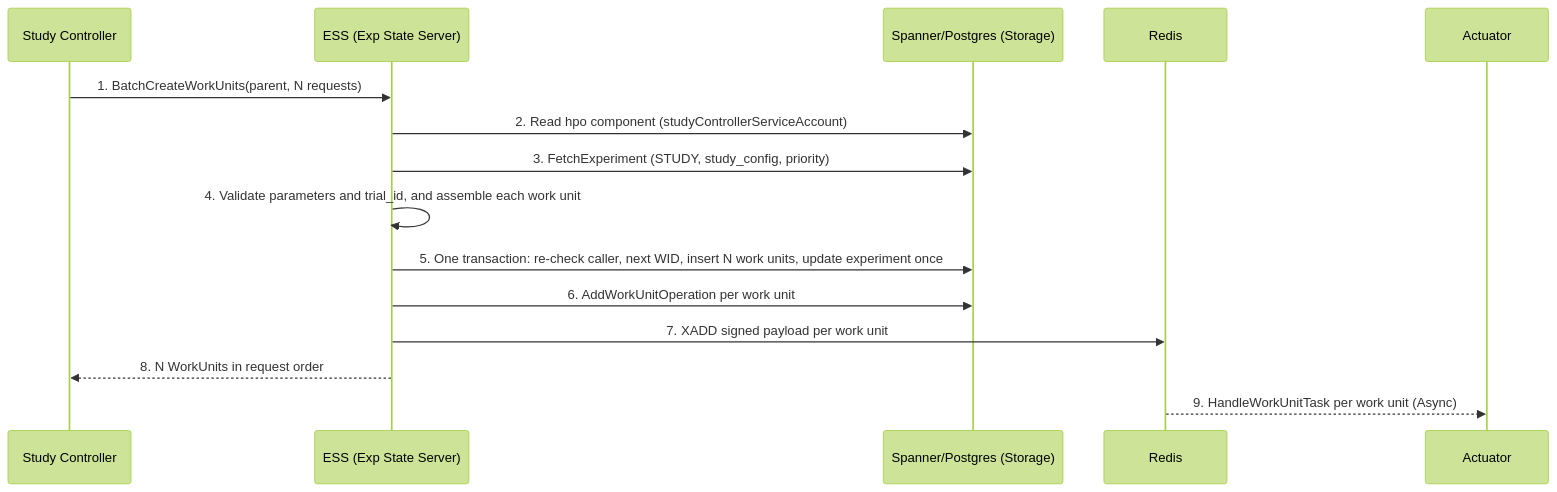
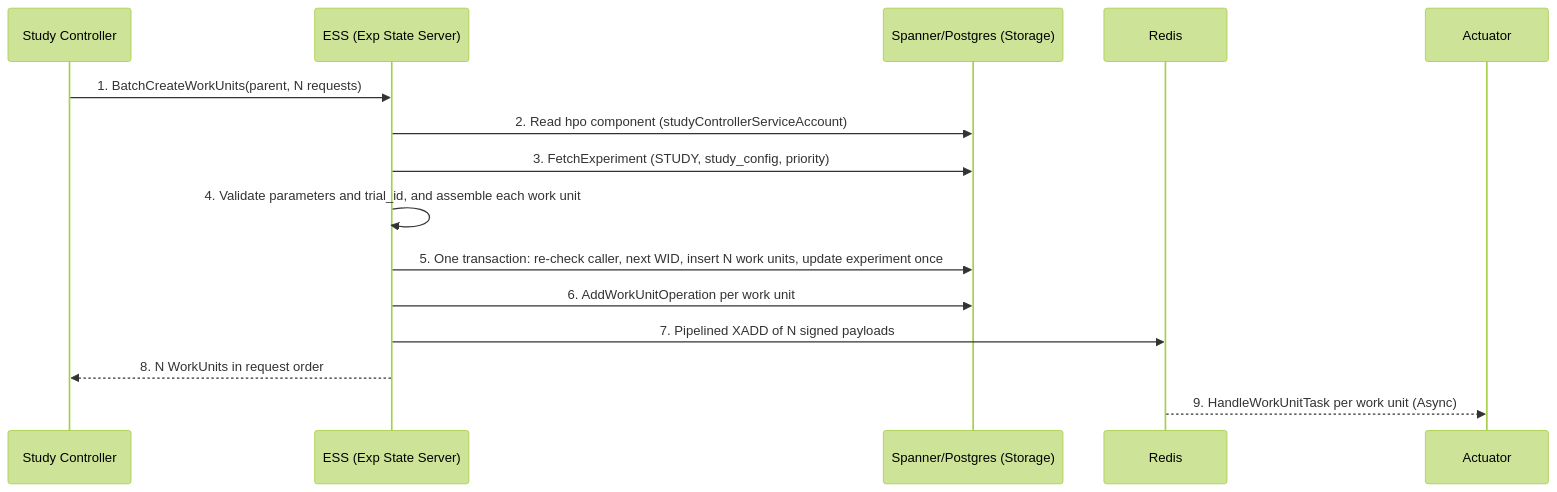
The third of 7 diagrams in docs/flows/work_unit_lifecycle.md (google/xmc), drawn with Mermaid (forest theme) before and after one commit. The commit also changed 14 other files, not shown here.

First line of the commit message:
feat(ess): pipeline BatchCreateWorkUnits task enqueue

````diff
--- a/docs/flows/work_unit_lifecycle.md
+++ b/docs/flows/work_unit_lifecycle.md
@@ -126,18 +126,18 @@
 ```mermaid
 sequenceDiagram
     participant SC as Study Controller
     participant ESS as ESS (Exp State Server)
     participant DB as Spanner/Postgres (Storage)
     participant Redis
     participant Actuator
 
     SC->>ESS: 1. BatchCreateWorkUnits(parent, N requests)
     ESS->>DB: 2. Read hpo component (studyControllerServiceAccount)
     ESS->>DB: 3. FetchExperiment (STUDY, study_config, priority)
     ESS->>ESS: 4. Validate parameters and trial_id, and assemble each work unit
     ESS->>DB: 5. One transaction: re-check caller, next WID, insert N work units, update experiment once
     ESS->>DB: 6. AddWorkUnitOperation per work unit
-    ESS->>Redis: 7. XADD signed payload per work unit
+    ESS->>Redis: 7. Pipelined XADD of N signed payloads
     ESS-->>SC: 8. N WorkUnits in request order
     Redis-->>Actuator: 9. HandleWorkUnitTask per work unit (Async)
 ```
````
